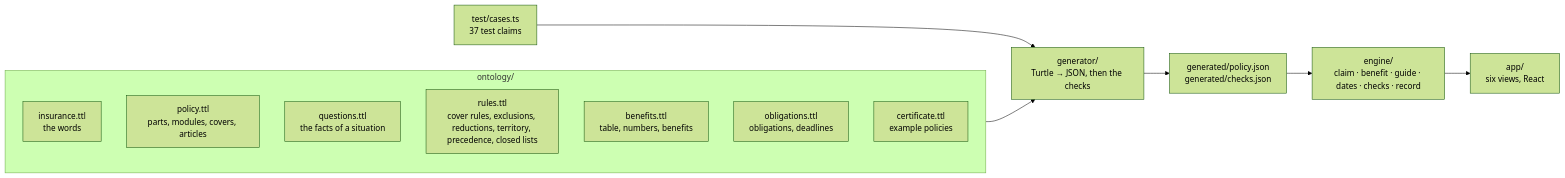
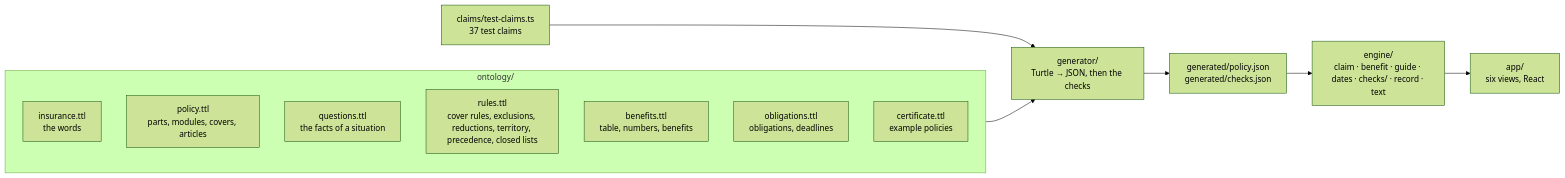
The diagram in car-insurance/README.md (almilo/software-that-knows), drawn with Mermaid (forest theme) before and after one commit. The commit also changed other lines of this file and 34 other files, not shown here.

````diff
--- a/car-insurance/README.md
+++ b/car-insurance/README.md
@@ -44,18 +44,18 @@
 ```mermaid
 flowchart LR
   subgraph K["ontology/"]
     W["insurance.ttl<br/>the words"]
     P["policy.ttl<br/>parts, modules, covers, articles"]
     Q["questions.ttl<br/>the facts of a situation"]
     R["rules.ttl<br/>cover rules, exclusions, reductions, territory, precedence, closed lists"]
     B["benefits.ttl<br/>table, numbers, benefits"]
     O["obligations.ttl<br/>obligations, deadlines"]
     C["certificate.ttl<br/>example policies"]
   end
   G["generator/<br/>Turtle → JSON, then the checks"]
   J["generated/policy.json<br/>generated/checks.json"]
-  E["engine/<br/>claim · benefit · guide · dates · checks · record"]
+  E["engine/<br/>claim · benefit · guide · dates · checks/ · record · text"]
   A["app/<br/>six views, React"]
   K --> G --> J --> E --> A
-  T["test/cases.ts<br/>37 test claims"] --> G
+  T["claims/test-claims.ts<br/>37 test claims"] --> G
 ```
````
